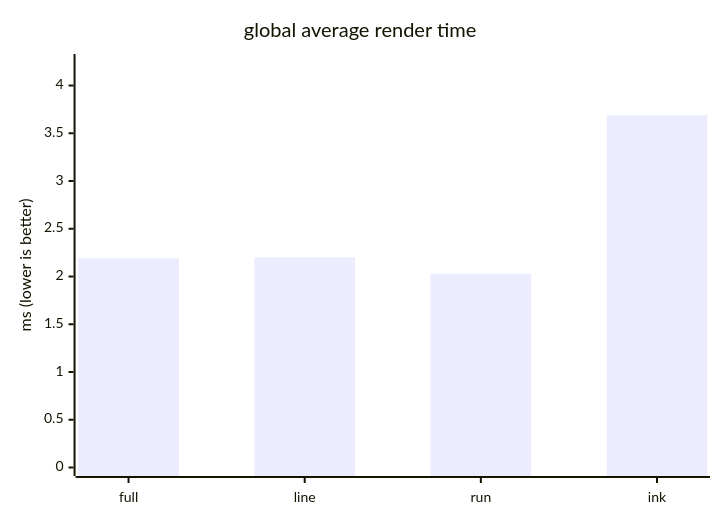
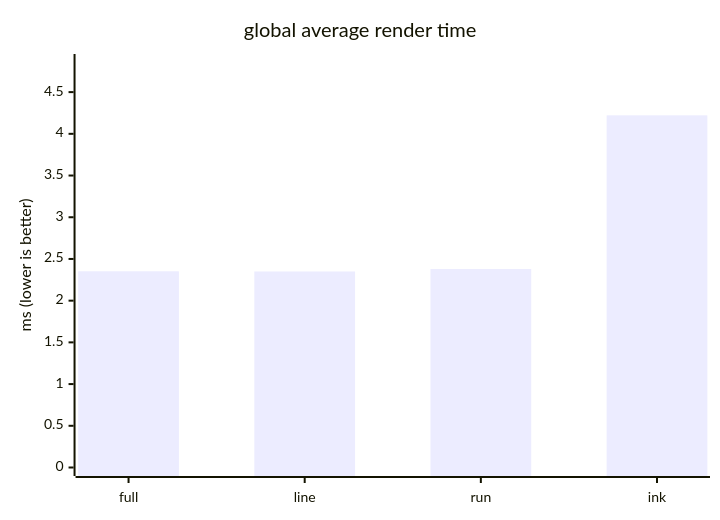
One commit to ByteLandTechnology/tinky changed the ninth of 10 diagrams in docs/benchmark.md. Above: the diagram before and after it, drawn with Mermaid. The commit also changed other lines of this file and 3 other files, not shown here.

````diff
--- a/docs/benchmark.md
+++ b/docs/benchmark.md
@@ -157,7 +157,7 @@
 ```mermaid
 xychart-beta
     title "global average render time"
     x-axis ["full", "line", "run", "ink"]
-    y-axis "ms (lower is better)" 0 --> 4.241
-    bar [2.192, 2.2, 2.03, 3.688]
+    y-axis "ms (lower is better)" 0 --> 4.855
+    bar [2.352, 2.35, 2.38, 4.222]
 ```
````
